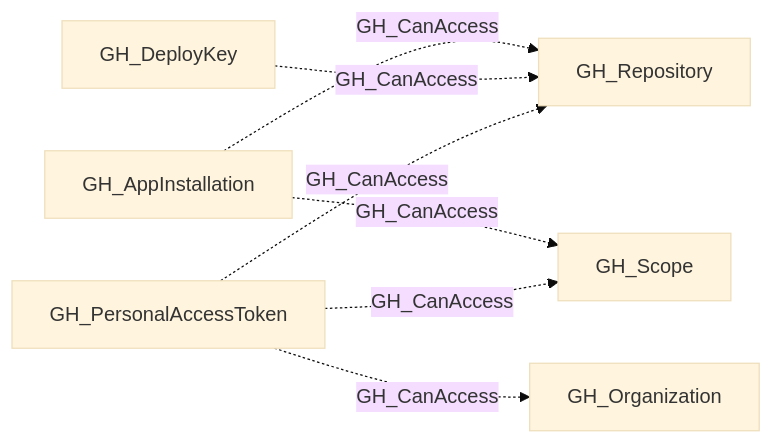
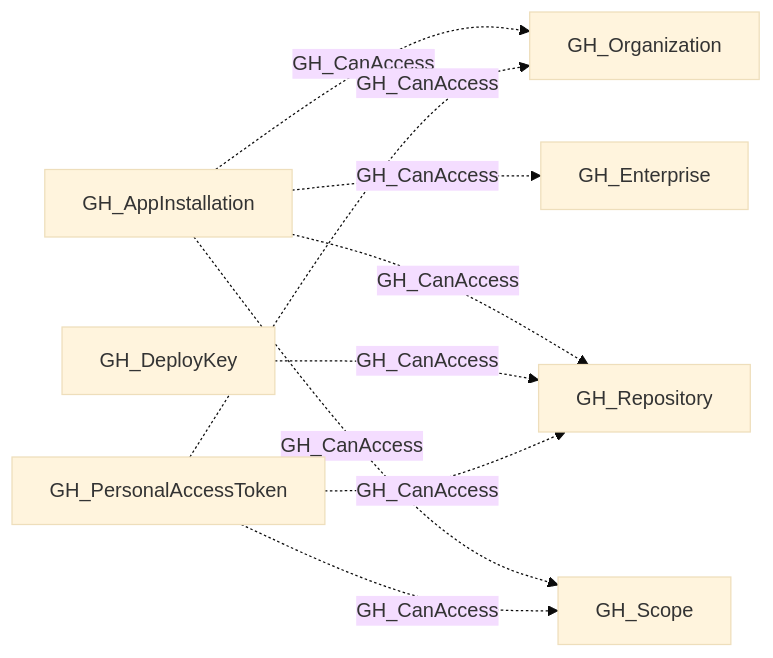
One commit to SpecterOps/openhound-github changed the diagram in descriptions/edges/GH_CanAccess.md. Above: the diagram before and after it, drawn with Mermaid (base theme). The commit also changed other lines of this file and 25 other files, not shown here.

````diff
--- a/descriptions/edges/GH_CanAccess.md
+++ b/descriptions/edges/GH_CanAccess.md
@@ -20,15 +24,18 @@
 ```mermaid
 graph LR
     n0["GH_AppInstallation"]
     n1["GH_Repository"]
     n2["GH_Scope"]
     n3["GH_DeployKey"]
     n4["GH_PersonalAccessToken"]
     n5["GH_Organization"]
+    n6["GH_Enterprise"]
+    n0 -.->|GH_CanAccess| n5
+    n0 -.->|GH_CanAccess| n6
     n0 -.->|GH_CanAccess| n1
     n0 -.->|GH_CanAccess| n2
     n3 -.->|GH_CanAccess| n1
     n4 -.->|GH_CanAccess| n5
     n4 -.->|GH_CanAccess| n1
     n4 -.->|GH_CanAccess| n2
 ```
````
